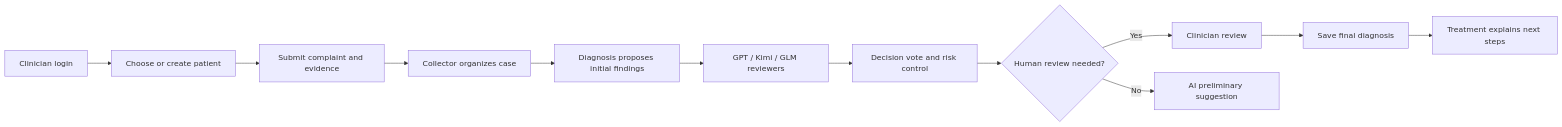
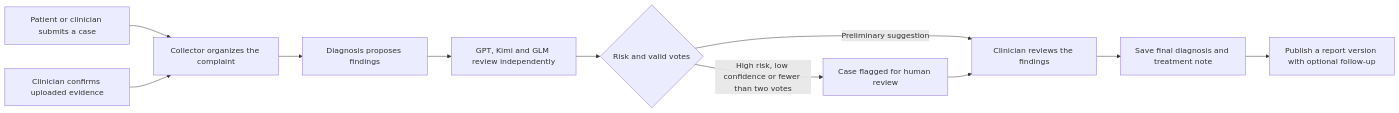
Before and after one commit to LoftyTao0622/MedConsensus: the diagram in README.en.md, drawn with Mermaid. The commit also changed other lines of this file and 100 other files, not shown here.

First line of the commit message:
feat: add clinical review workflows and social login

````diff
--- a/README.en.md
+++ b/README.en.md
@@ -25,14 +25,13 @@
 ```mermaid
 flowchart LR
-    A[Clinician login] --> B[Choose or create patient]
-    B --> C[Submit complaint and evidence]
-    C --> D[Collector organizes case]
-    D --> E[Diagnosis proposes initial findings]
-    E --> F[GPT / Kimi / GLM reviewers]
-    F --> G[Decision vote and risk control]
-    G --> H{Human review needed?}
-    H -- Yes --> I[Clinician review]
-    H -- No --> J[AI preliminary suggestion]
-    I --> K[Save final diagnosis]
-    K --> L[Treatment explains next steps]
+    A[Patient or clinician submits a case] --> B[Collector organizes the complaint]
+    C[Clinician confirms uploaded evidence] --> B
+    B --> D[Diagnosis proposes findings]
+    D --> E[GPT, Kimi and GLM review independently]
+    E --> F{Risk and valid votes}
+    F -->|High risk, low confidence or fewer than two votes| G[Case flagged for human review]
+    F -->|Preliminary suggestion| H[Clinician reviews the findings]
+    G --> H
+    H --> I[Save final diagnosis and treatment note]
+    I --> J[Publish a report version with optional follow-up]
 ```
````
